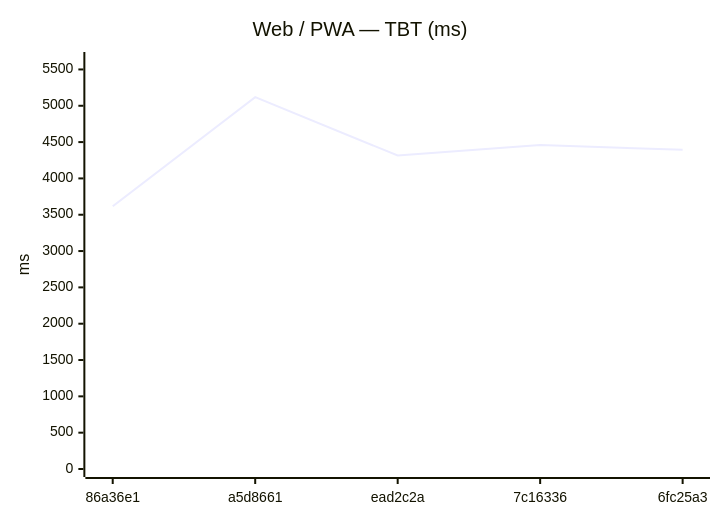
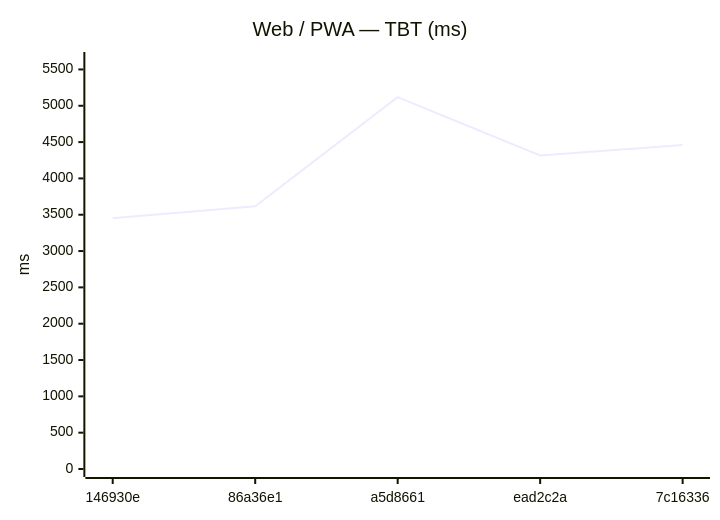
One commit to Metaheurist/Rianell changed the sixth of 12 diagrams in benchmarks/compare.md. Above: the diagram before and after it, drawn with Mermaid. The commit also changed other lines of this file and 8 other files, not shown here.

````diff
--- a/benchmarks/compare.md
+++ b/benchmarks/compare.md
@@ -89,7 +89,7 @@
 ```mermaid
 xychart-beta
     title "Web / PWA — TBT (ms)"
-    x-axis ["86a36e1", "a5d8661", "ead2c2a", "7c16336", "6fc25a3"]
+    x-axis ["146930e", "86a36e1", "a5d8661", "ead2c2a", "7c16336"]
     y-axis "ms" 0 --> 5630
-    line [3617, 5118, 4315, 4460, 4393]
+    line [3453, 3617, 5118, 4315, 4460]
 ```
````
